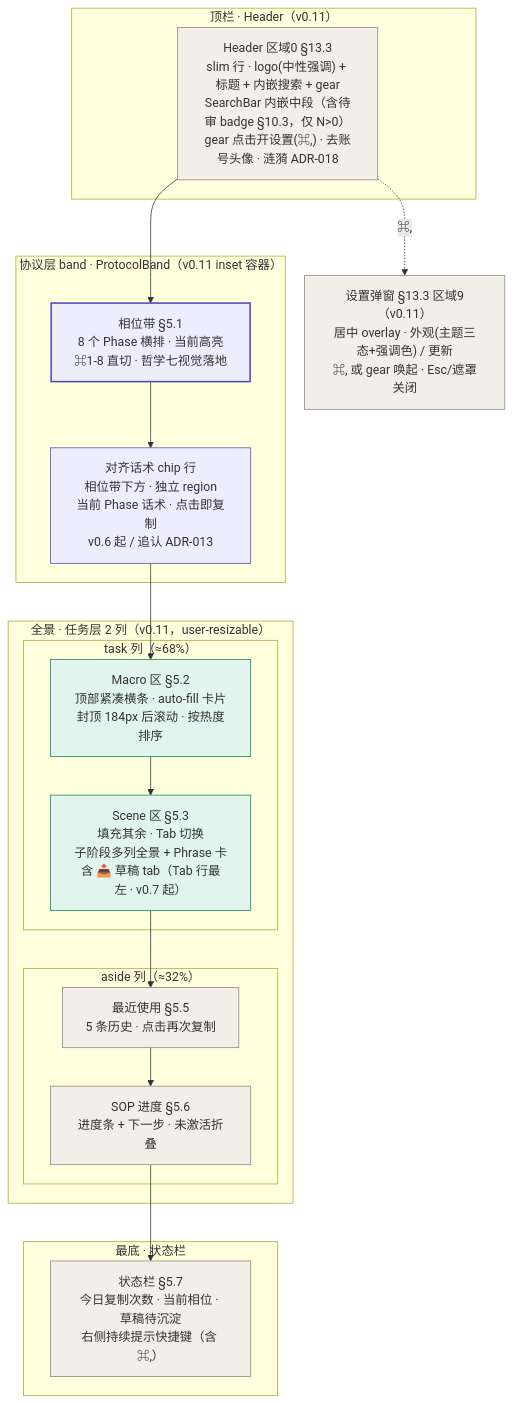
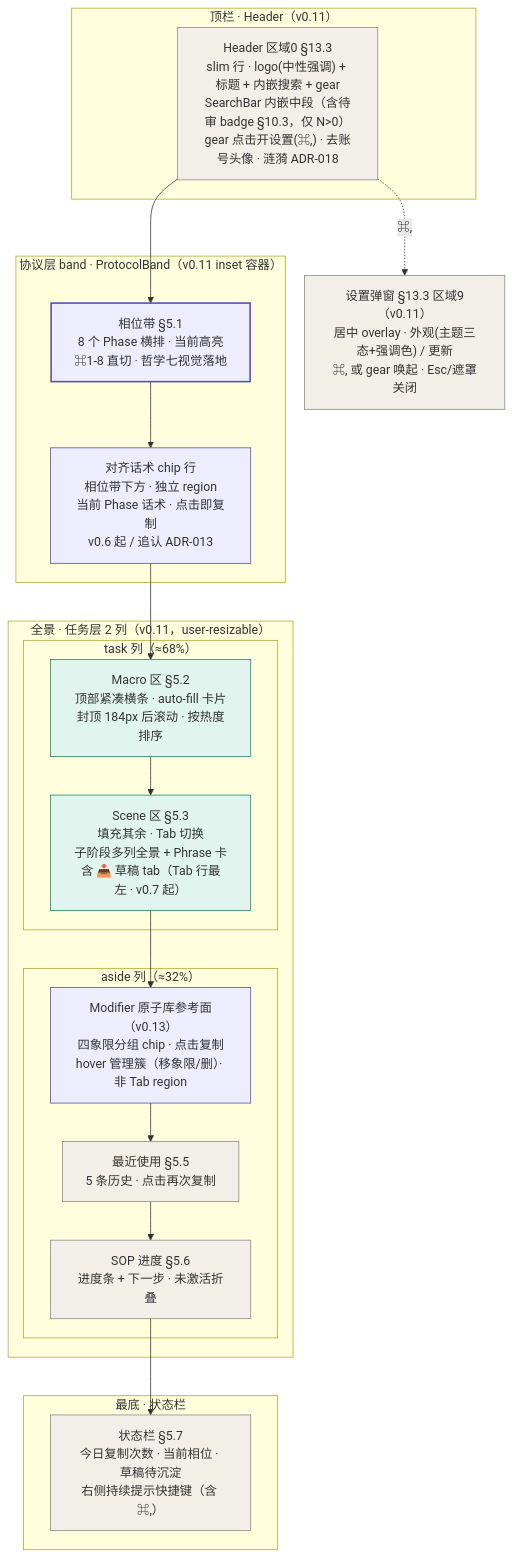
The fourth of 4 diagrams in docs/design/03-product-spec.md (HuiW86/prompt-hub), drawn with Mermaid before and after one commit. The commit also changed other lines of this file and 10 other files, not shown here.

````diff
--- a/docs/design/03-product-spec.md
+++ b/docs/design/03-product-spec.md
@@ -568,47 +568,50 @@
 ```mermaid
 graph TD
     subgraph 顶栏["顶栏 · Header（v0.11）"]
         H["Header 区域0 §13.3<br/>slim 行 · logo(中性强调) + 标题 + 内嵌搜索 + gear<br/>SearchBar 内嵌中段（含待审 badge §10.3，仅 N>0）<br/>gear 点击开设置(⌘,) · 去账号头像 · 涟漪 ADR-018"]
     end
 
     subgraph 协议带["协议层 band · ProtocolBand（v0.11 inset 容器）"]
         P["相位带 §5.1<br/>8 个 Phase 横排 · 当前高亮<br/>⌘1-8 直切 · 哲学七视觉落地"]
         AP["对齐话术 chip 行<br/>相位带下方 · 独立 region<br/>当前 Phase 话术 · 点击即复制<br/>v0.6 起 / 追认 ADR-013"]
     end
 
     subgraph 全景["全景 · 任务层 2 列（v0.11，user-resizable）"]
         subgraph 任务列["task 列（≈68%）"]
             M["Macro 区 §5.2<br/>顶部紧凑横条 · auto-fill 卡片<br/>封顶 184px 后滚动 · 按热度排序"]
             SC["Scene 区 §5.3<br/>填充其余 · Tab 切换<br/>子阶段多列全景 + Phrase 卡<br/>含 📥 草稿 tab（Tab 行最左 · v0.7 起）"]
         end
         subgraph 辅列["aside 列（≈32%）"]
+            MOD["Modifier 原子库参考面（v0.13）<br/>四象限分组 chip · 点击复制<br/>hover 管理簇（移象限/删）· 非 Tab region"]
             R["最近使用 §5.5<br/>5 条历史 · 点击再次复制"]
             SOP["SOP 进度 §5.6<br/>进度条 + 下一步 · 未激活折叠"]
         end
     end
 
     subgraph 最底["最底 · 状态栏"]
         ST["状态栏 §5.7<br/>今日复制次数 · 当前相位 · 草稿待沉淀<br/>右侧持续提示快捷键（含 ⌘,）"]
     end
 
     SET["设置弹窗 §13.3 区域9（v0.11）<br/>居中 overlay · 外观(主题三态+强调色) / 更新<br/>⌘, 或 gear 唤起 · Esc/遮罩关闭"]
 
     H --> P
     P --> AP
     AP --> M
     M --> SC
-    SC --> R
+    SC --> MOD
+    MOD --> R
     R --> SOP
     SOP --> ST
     H -.⌘,.-> SET
 
     style H fill:#F1EFE8,stroke:#888780,stroke-width:1px
     style P fill:#EEEDFE,stroke:#534AB7,stroke-width:2px
     style AP fill:#EEEDFE,stroke:#534AB7,stroke-width:1px
     style M fill:#E1F5EE,stroke:#178561,stroke-width:1px
     style SC fill:#E1F5EE,stroke:#178561,stroke-width:1px
+    style MOD fill:#EEEDFE,stroke:#534AB7,stroke-width:1px
     style R fill:#F1EFE8,stroke:#888780,stroke-width:1px
     style SOP fill:#F1EFE8,stroke:#888780,stroke-width:1px
     style ST fill:#F1EFE8,stroke:#888780,stroke-width:1px
     style SET fill:#F1EFE8,stroke:#888780,stroke-width:1px
 ```
````
